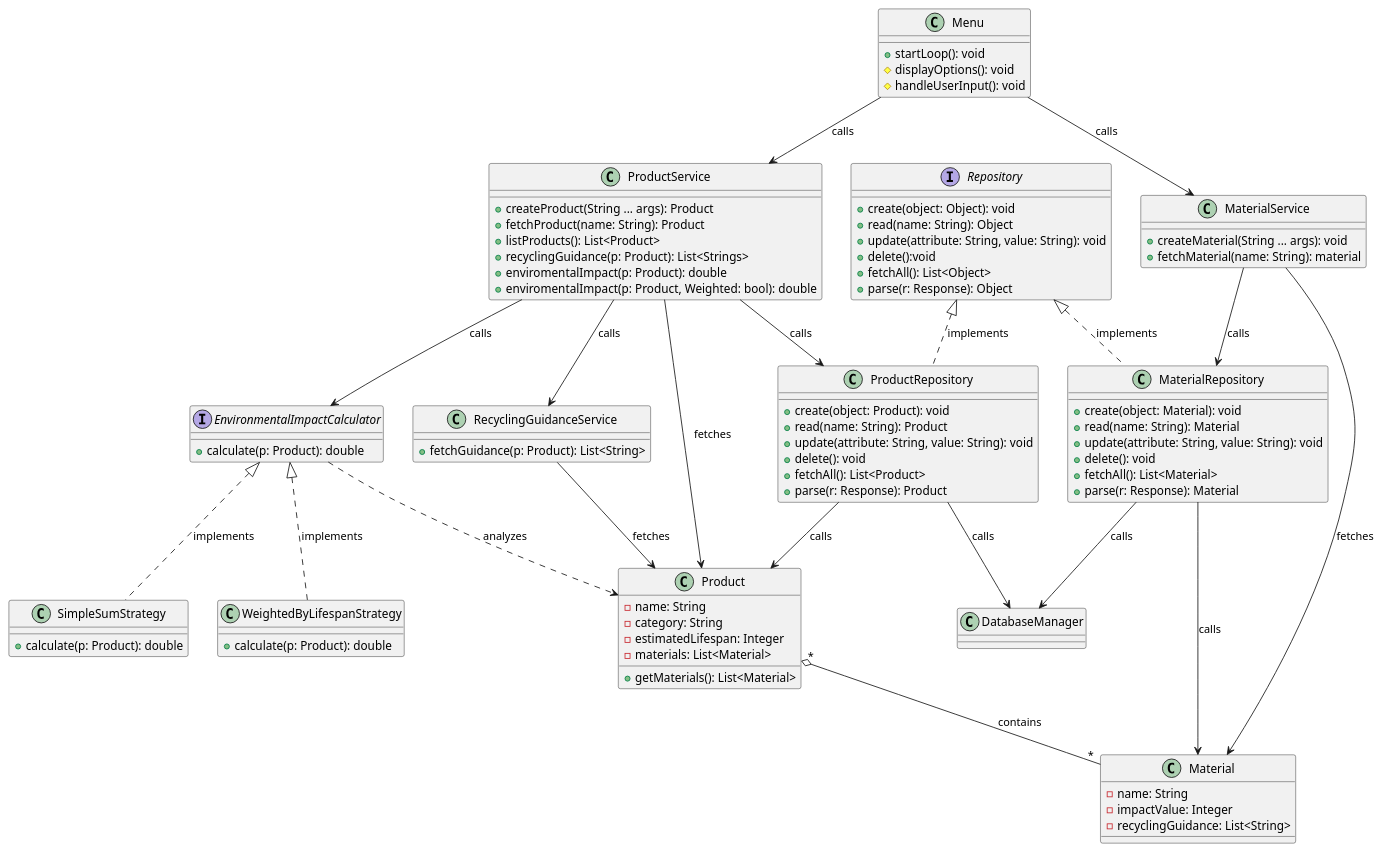
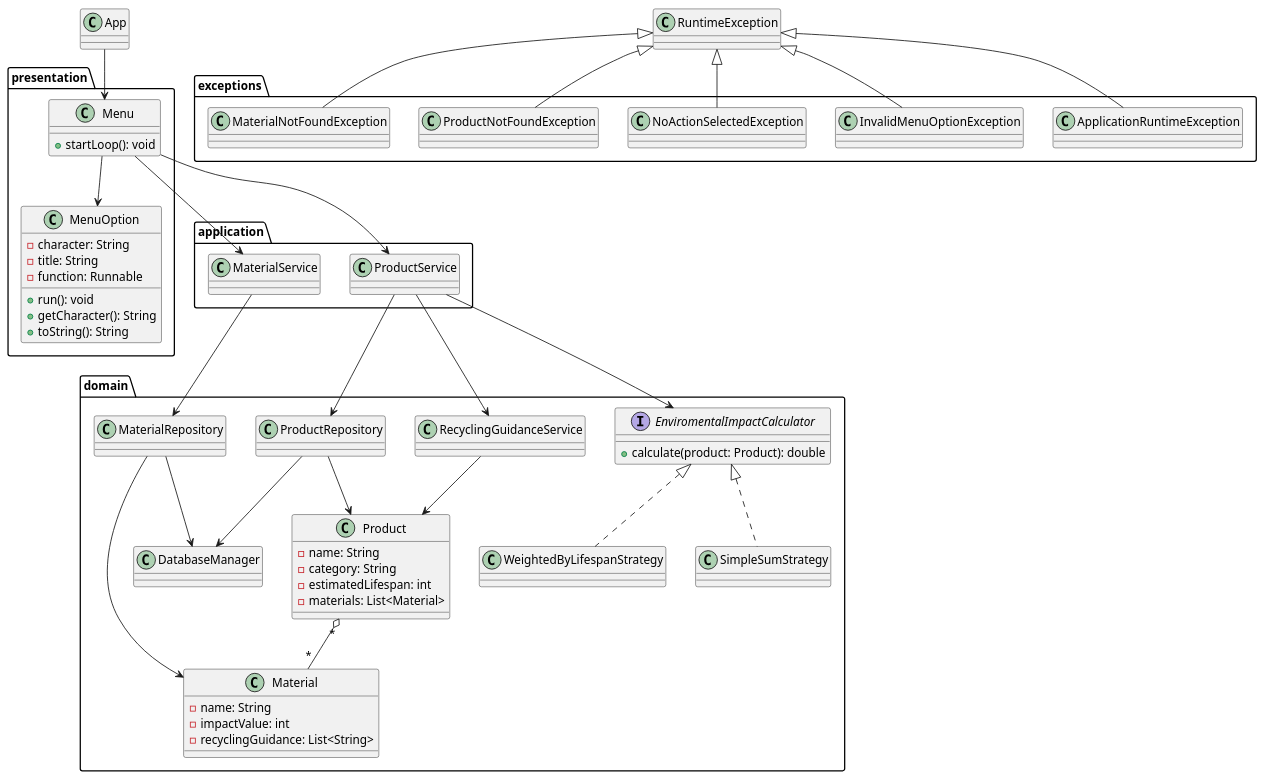
The diagram in dev-requirements.md (flavio-colangelo/ood-project), drawn with PlantUML before and after one commit. The commit also changed other lines of this file and 1 other file, not shown here.

Commit message:
Added diagrams and updated project documentation

````diff
--- a/dev-requirements.md
+++ b/dev-requirements.md
@@ -94,114 +94,92 @@
 ```puml
 @startuml
-class Menu {
-  + startLoop(): void
-  # displayOptions(): void
-  # handleUserInput(): void
+
+package presentation {
+  class Menu {
+    + startLoop(): void
+  }
+
+  class MenuOption {
+    - character: String
+    - title: String
+    - function: Runnable
+    + run(): void
+    + getCharacter(): String
+    + toString(): String
+  }
 }
 
-class ProductService {
-  + createProduct(String ... args): Product
-  + fetchProduct(name: String): Product
-  + listProducts(): List<Product>
-  + recyclingGuidance(p: Product): List<Strings>
-  + enviromentalImpact(p: Product): double
-  + enviromentalImpact(p: Product, Weighted: bool): double
+package application {
+  class ProductService
+  class MaterialService
 }
 
-class MaterialService {
-  + createMaterial(String ... args): void
-  + fetchMaterial(name: String): material
+package domain {
+
+  class Product {
+    - name: String
+    - category: String
+    - estimatedLifespan: int
+    - materials: List<Material>
+  }
+
+  class Material {
+    - name: String
+    - impactValue: int
+    - recyclingGuidance: List<String>
+  }
+
+  class ProductRepository
+  class MaterialRepository
+  class DatabaseManager
+  class RecyclingGuidanceService
+
+  interface EnviromentalImpactCalculator {
+    + calculate(product: Product): double
+  }
+
+  class SimpleSumStrategy
+  class WeightedByLifespanStrategy
 }
 
-interface EnvironmentalImpactCalculator {
-  + calculate(p: Product): double
+package exceptions {
+  class ApplicationRuntimeException
+  class InvalidMenuOptionException
+  class NoActionSelectedException
+  class ProductNotFoundException
+  class MaterialNotFoundException
 }
 
-class WeightedByLifespanStrategy {
-  + calculate(p: Product): double
-}
+class App
 
-class SimpleSumStrategy {
-  + calculate(p: Product): double
-}
+App --> Menu
 
-class Product {
-  - name: String
-  - category: String
-  - estimatedLifespan: Integer
-  - materials: List<Material>
-  + getMaterials(): List<Material>
-}
+Menu --> MenuOption
+Menu --> ProductService
+Menu --> MaterialService
 
-class Material{
-  - name: String
-  - impactValue: Integer
-  - recyclingGuidance: List<String>
-}
+ProductService --> ProductRepository
+ProductService --> RecyclingGuidanceService
+ProductService --> EnviromentalImpactCalculator
 
-class RecyclingGuidanceService {
-  + fetchGuidance(p: Product): List<String>
-}
+MaterialService --> MaterialRepository
 
-interface Repository {
-  + create(object: Object): void
-  + read(name: String): Object
-  + update(attribute: String, value: String): void
-  + delete():void
-  + fetchAll(): List<Object>
-  + parse(r: Response): Object
-}
+ProductRepository --> Product
+MaterialRepository --> Material
+ProductRepository --> DatabaseManager
+MaterialRepository --> DatabaseManager
 
-class ProductRepository {
-  + create(object: Product): void
-  + read(name: String): Product
-  + update(attribute: String, value: String): void
-  + delete(): void
-  + fetchAll(): List<Product>
-  + parse(r: Response): Product
-}
+Product "*" o-- "*" Material
 
-class MaterialRepository {
-  + create(object: Material): void
-  + read(name: String): Material
-  + update(attribute: String, value: String): void
-  + delete(): void
-  + fetchAll(): List<Material>
-  + parse(r: Response): Material
-}
+RecyclingGuidanceService --> Product
 
-class DatabaseManager {
-  
-}
+EnviromentalImpactCalculator <|.. SimpleSumStrategy
+EnviromentalImpactCalculator <|.. WeightedByLifespanStrategy
 
-
-Menu --> ProductService : calls
-Menu --> MaterialService : calls
-
-ProductService --> Product : fetches
-ProductService --> RecyclingGuidanceService : calls
-ProductService --> EnvironmentalImpactCalculator : calls
-ProductService --> ProductRepository: calls
-
-MaterialService --> Material : fetches
-MaterialService --> MaterialRepository: calls
-
-RecyclingGuidanceService --> Product : fetches
-
-EnvironmentalImpactCalculator <|.. SimpleSumStrategy : implements
-EnvironmentalImpactCalculator <|.. WeightedByLifespanStrategy : implements
-
-EnvironmentalImpactCalculator ..> Product : analyzes
-
-Repository <|.. ProductRepository : implements
-Repository <|.. MaterialRepository : implements
-
-Product "*" o-- "*" Material : contains
-
-MaterialRepository --> DatabaseManager : calls
-MaterialRepository --> Material : calls
-
-ProductRepository --> DatabaseManager : calls
-ProductRepository --> Product : calls
+RuntimeException <|-- ApplicationRuntimeException
+RuntimeException <|-- InvalidMenuOptionException
+RuntimeException <|-- NoActionSelectedException
+RuntimeException <|-- ProductNotFoundException
+RuntimeException <|-- MaterialNotFoundException
 @enduml
 ```
````
